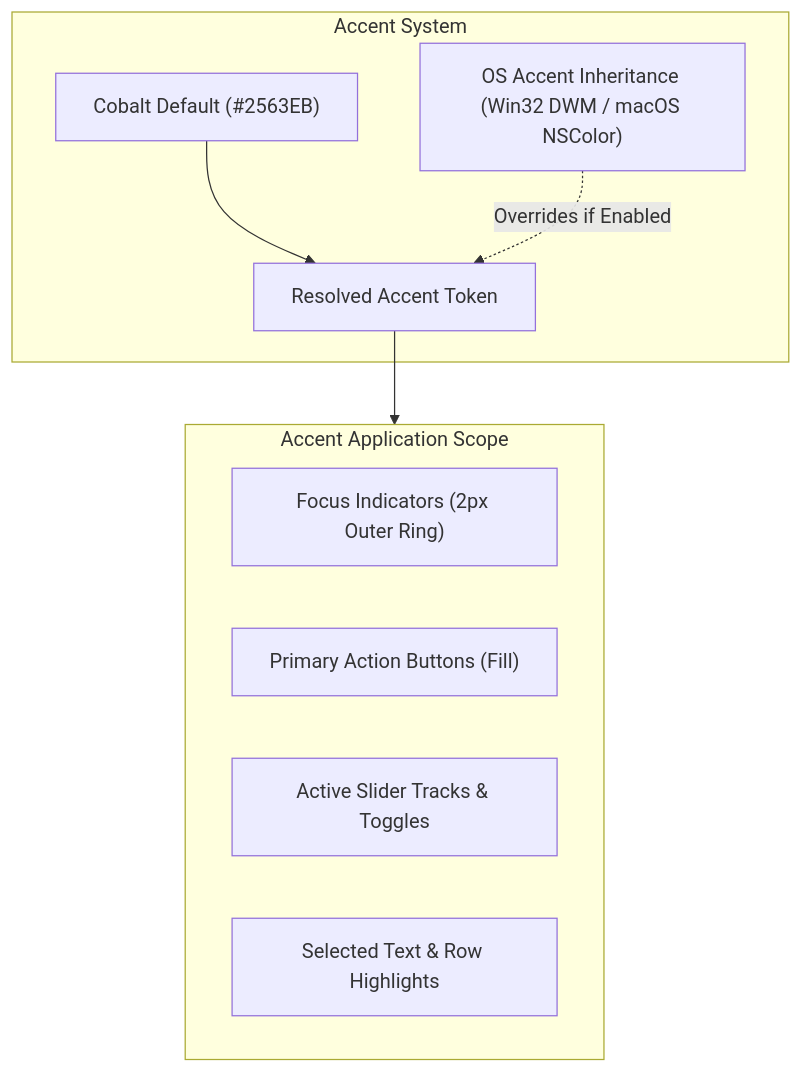
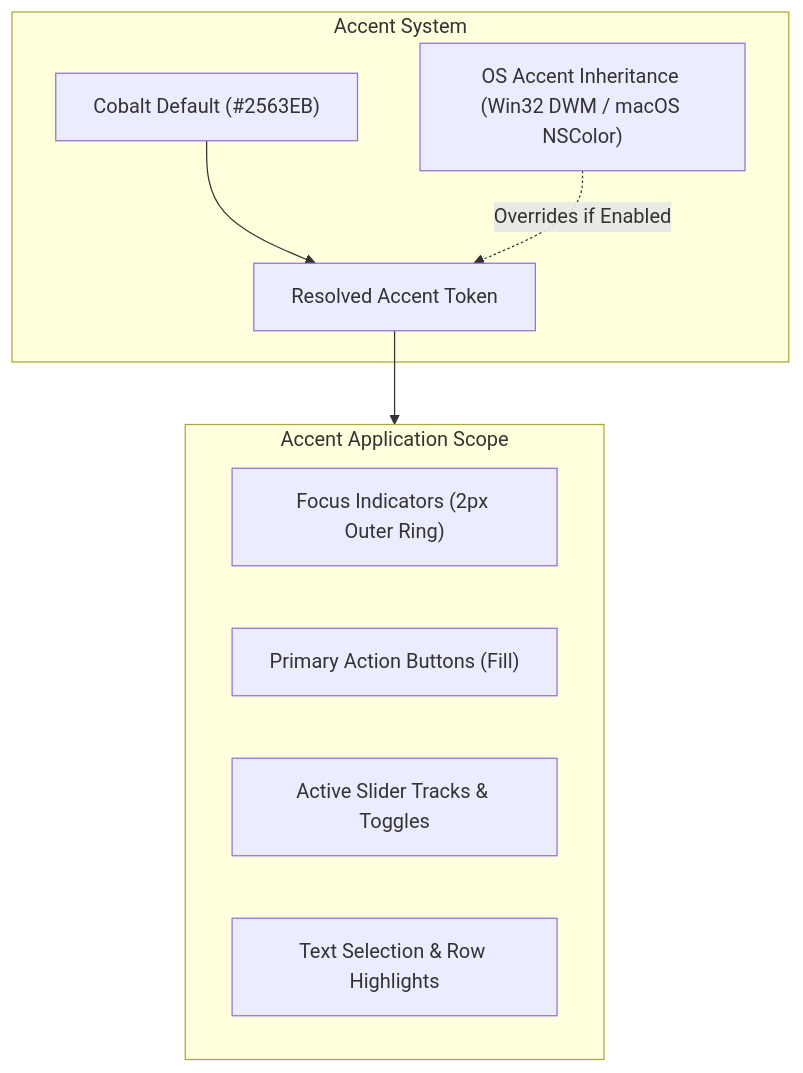
The second of 3 diagrams in docs/design-languages.md (islahulkafa/northern), drawn with Mermaid before and after one commit. The commit also changed other lines of this file and 53 other files, not shown here.

````diff
--- a/docs/design-languages.md
+++ b/docs/design-languages.md
@@ -72,19 +72,19 @@
 ```mermaid
 flowchart TD
     subgraph Accent["Accent System"]
         DefaultAccent["Cobalt Default (#2563EB)"]
         OSQuery["OS Accent Inheritance (Win32 DWM / macOS NSColor)"]
         ResolvedAccent["Resolved Accent Token"]
         DefaultAccent --> ResolvedAccent
         OSQuery -.->|Overrides if Enabled| ResolvedAccent
     end
 
     subgraph Controls["Accent Application Scope"]
         F1["Focus Indicators (2px Outer Ring)"]
         F2["Primary Action Buttons (Fill)"]
         F3["Active Slider Tracks & Toggles"]
-        F4["Selected Text & Row Highlights"]
+        F4["Text Selection & Row Highlights"]
     end
 
     ResolvedAccent --> Controls
 ```
````
